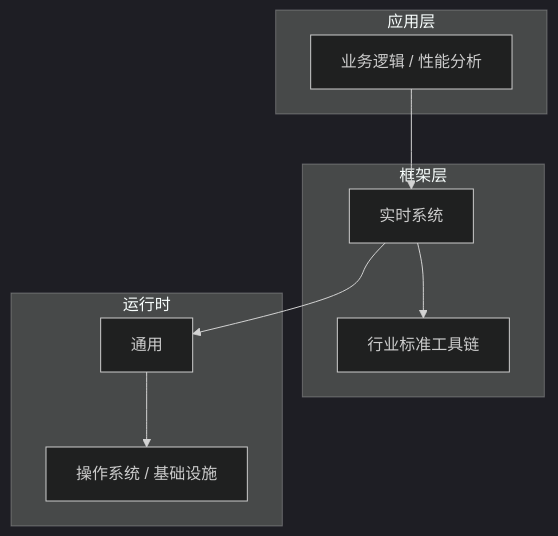
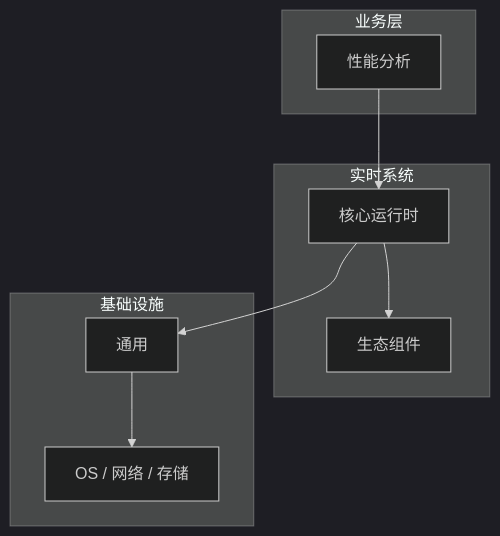
The diagram in articles/实时系统/chapters/057-性能分析核心概念与原理.md (yanggan2015/knowledge-json-v2), drawn with Mermaid (dark theme) before and after one commit. The commit also changed other lines of this file and 10127 other files, not shown here.

````diff
--- a/articles/实时系统/chapters/057-性能分析核心概念与原理.md
+++ b/articles/实时系统/chapters/057-性能分析核心概念与原理.md
@@ -45,18 +34,18 @@
 ```mermaid
 graph TB
-    subgraph 应用层
-        A[业务逻辑 / 性能分析]
+    subgraph 业务层
+        A[性能分析]
     end
-    subgraph 框架层
-        B[实时系统]
-        C[行业标准工具链]
+    subgraph 实时系统
+        B[核心运行时]
+        C[生态组件]
     end
-    subgraph 运行时
+    subgraph 基础设施
         D[通用]
-        E[操作系统 / 基础设施]
+        E[OS / 网络 / 存储]
     end
     A --> B
     B --> C
     B --> D
     D --> E
 ```
````
